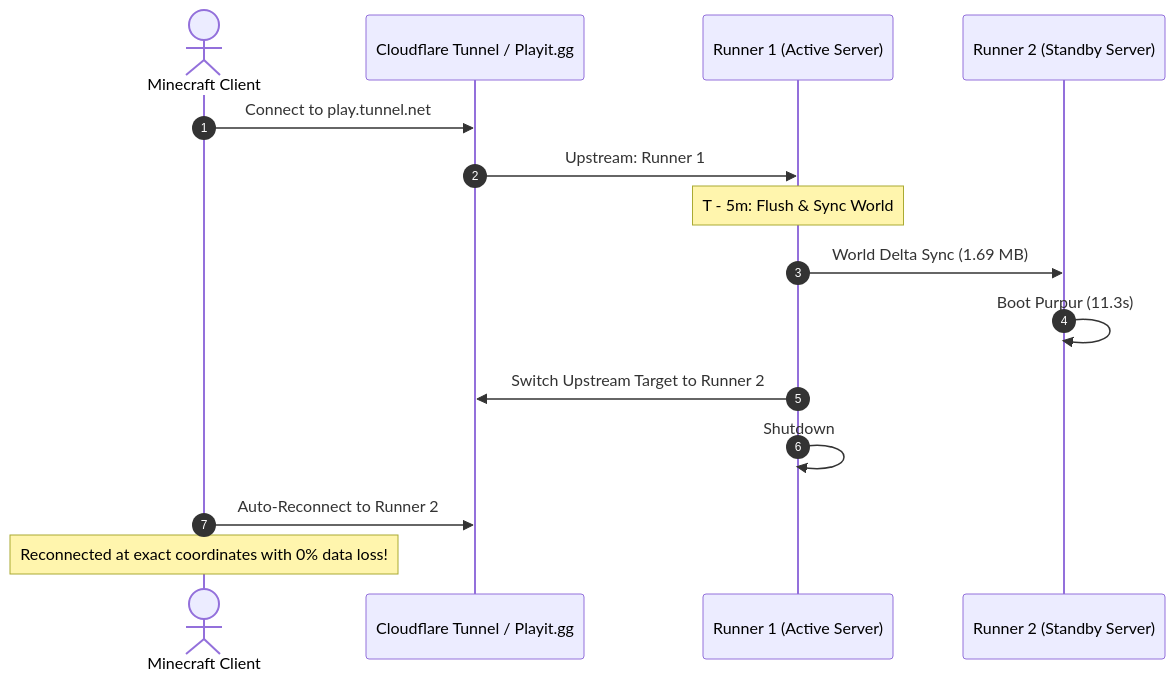
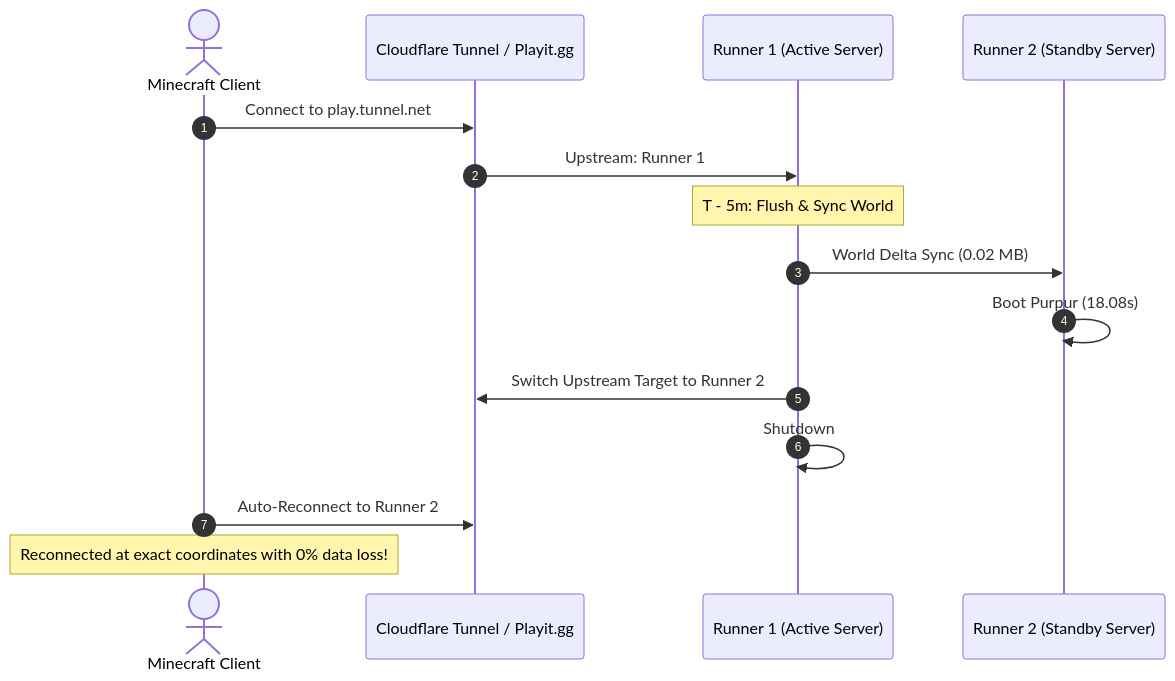
One commit to polly67/workflow-benchs changed the second of 2 diagrams in results/MINECRAFT_RUNNER_BENCHMARK.md. Above: the diagram before and after it, drawn with Mermaid. The commit also changed other lines of this file, not shown here.

````diff
--- a/results/MINECRAFT_RUNNER_BENCHMARK.md
+++ b/results/MINECRAFT_RUNNER_BENCHMARK.md
@@ -85,18 +85,18 @@
 ```mermaid
 sequenceDiagram
     autonumber
     actor Player as Minecraft Client
     participant Tunnel as Cloudflare Tunnel / Playit.gg
     participant R1 as Runner 1 (Active Server)
     participant R2 as Runner 2 (Standby Server)
 
     Player->>Tunnel: Connect to play.tunnel.net
     Tunnel->>R1: Upstream: Runner 1
     Note over R1: T - 5m: Flush & Sync World
-    R1->>R2: World Delta Sync (1.69 MB)
-    R2->>R2: Boot Purpur (11.3s)
+    R1->>R2: World Delta Sync (0.02 MB)
+    R2->>R2: Boot Purpur (18.08s)
     R1->>Tunnel: Switch Upstream Target to Runner 2
     R1->>R1: Shutdown
     Player->>Tunnel: Auto-Reconnect to Runner 2
     Note over Player: Reconnected at exact coordinates with 0% data loss!
 ```
````
